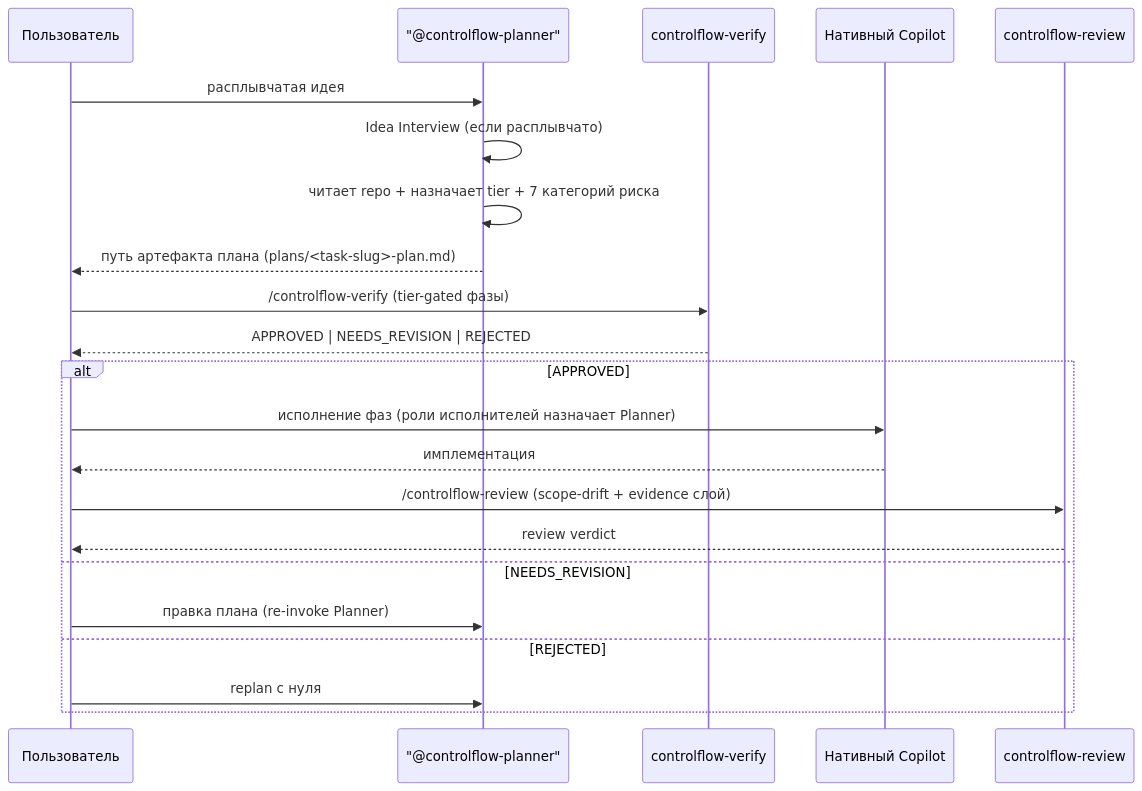
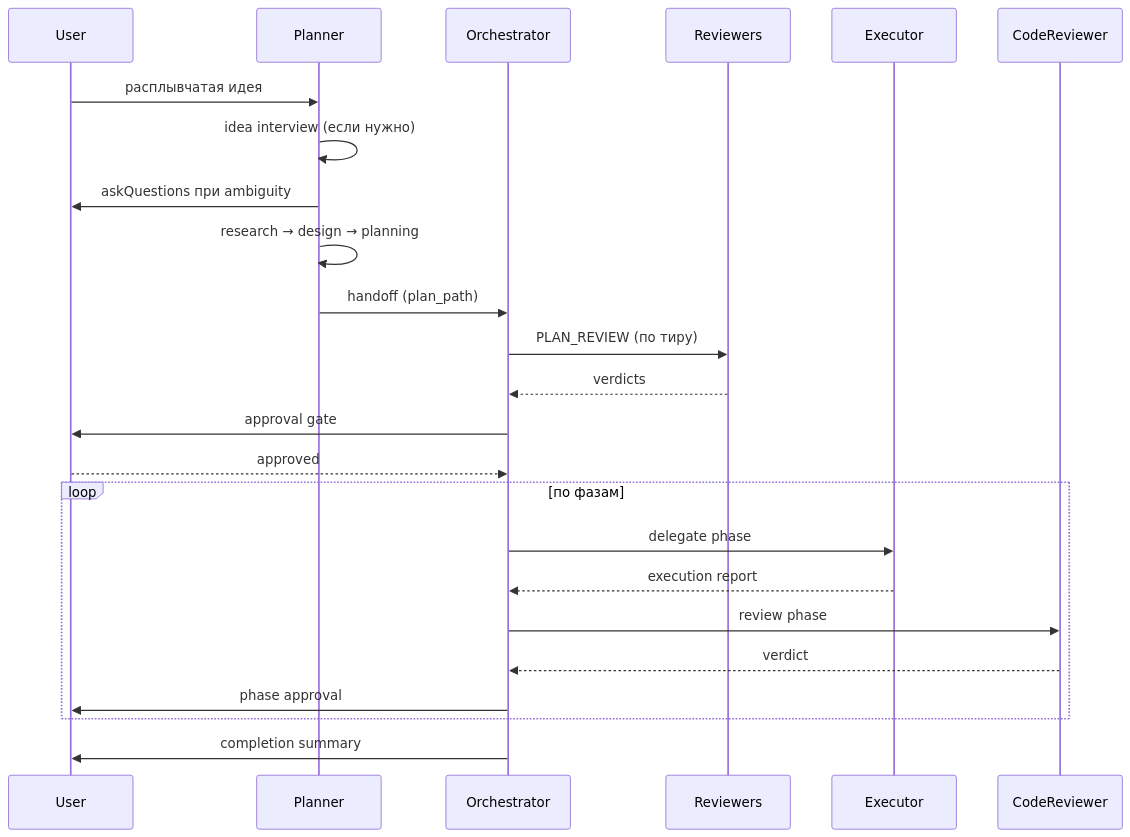
The second of 2 diagrams in docs/tutorial-ru/02-architecture-overview.md (Smithbox-ai/ControlFlow), drawn with Mermaid before and after one commit. The commit also changed other lines of this file and 416 other files, not shown here.

````diff
--- a/docs/tutorial-ru/02-architecture-overview.md
+++ b/docs/tutorial-ru/02-architecture-overview.md
@@ -95,25 +122,27 @@
 ```mermaid
 sequenceDiagram
-    participant U as Пользователь
-    participant P as "@controlflow-planner"
-    participant V as controlflow-verify
-    participant N as Нативный Copilot
-    participant R as controlflow-review
+    participant U as User
+    participant P as Planner
+    participant O as Orchestrator
+    participant R as Reviewers
+    participant E as Executor
+    participant CR as CodeReviewer
 
     U->>P: расплывчатая идея
-    P->>P: Idea Interview (если расплывчато)
-    P->>P: читает repo + назначает tier + 7 категорий риска
-    P-->>U: путь артефакта плана (plans/<task-slug>-plan.md)
-    U->>V: /controlflow-verify (tier-gated фазы)
-    V-->>U: APPROVED | NEEDS_REVISION | REJECTED
-    alt APPROVED
-        U->>N: исполнение фаз (роли исполнителей назначает Planner)
-        N-->>U: имплементация
-        U->>R: /controlflow-review (scope-drift + evidence слой)
-        R-->>U: review verdict
-    else NEEDS_REVISION
-        U->>P: правка плана (re-invoke Planner)
-    else REJECTED
-        U->>P: replan с нуля
+    P->>P: idea interview (если нужно)
+    P->>U: askQuestions при ambiguity
+    P->>P: research → design → planning
+    P->>O: handoff (plan_path)
+    O->>R: PLAN_REVIEW (по тиру)
+    R-->>O: verdicts
+    O->>U: approval gate
+    U-->>O: approved
+    loop по фазам
+        O->>E: delegate phase
+        E-->>O: execution report
+        O->>CR: review phase
+        CR-->>O: verdict
+        O->>U: phase approval
     end
+    O->>U: completion summary
 ```
````
